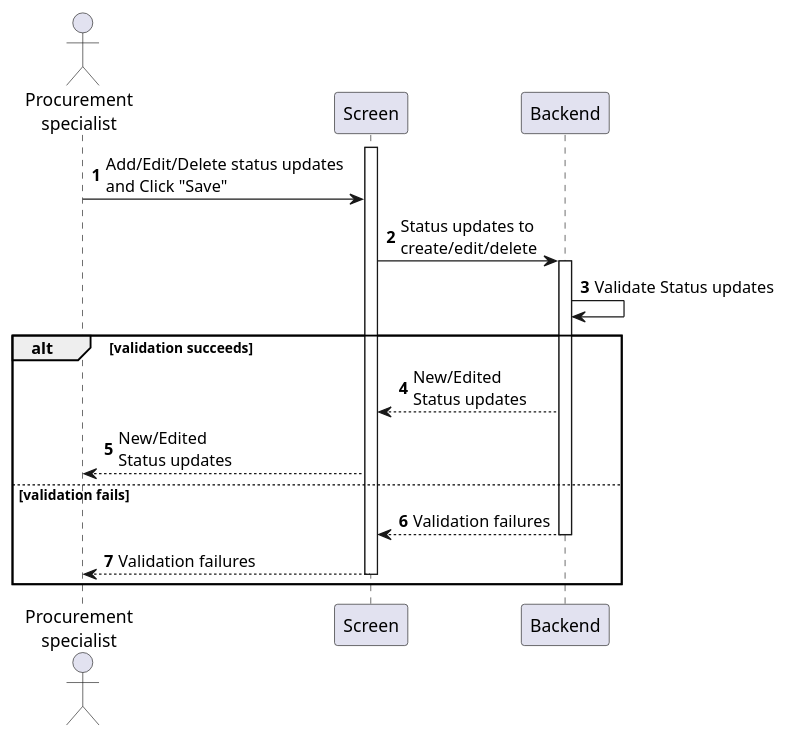
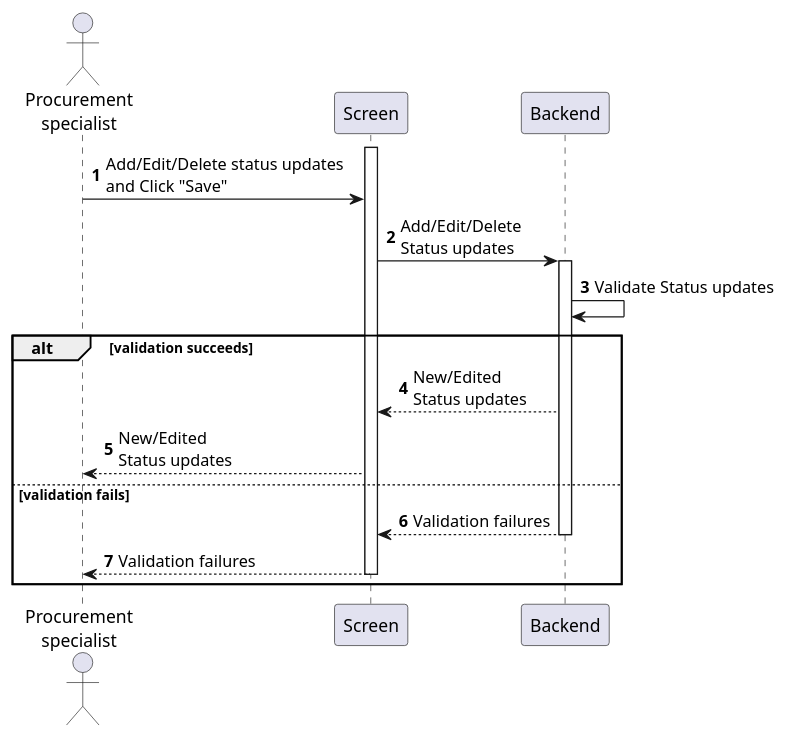
Before and after one commit to phihungha/scmss-reqs: the diagram in sequences/purchase-order-update-status.plantuml, drawn with PlantUML. The commit also changed 8 other files, not shown here.

```diff
--- a/sequences/purchase-order-update-status.plantuml
+++ b/sequences/purchase-order-update-status.plantuml
@@ -1,22 +1,22 @@
 @startuml purchase-order-update-status
 autonumber
 
 actor "Procurement\nspecialist" as a
 participant Screen as f
 participant Backend as b
 
 activate f
 a -> f : Add/Edit/Delete status updates\nand Click "Save"
-f -> b : Status updates to\ncreate/edit/delete
+f -> b : Add/Edit/Delete\nStatus updates
 activate b
 b -> b : Validate Status updates
 
 alt validation succeeds
     b --> f : New/Edited\nStatus updates
     f --> a : New/Edited\nStatus updates
 else validation fails
     return Validation failures
     f --> a : Validation failures
     deactivate f
 end
 @enduml
```
